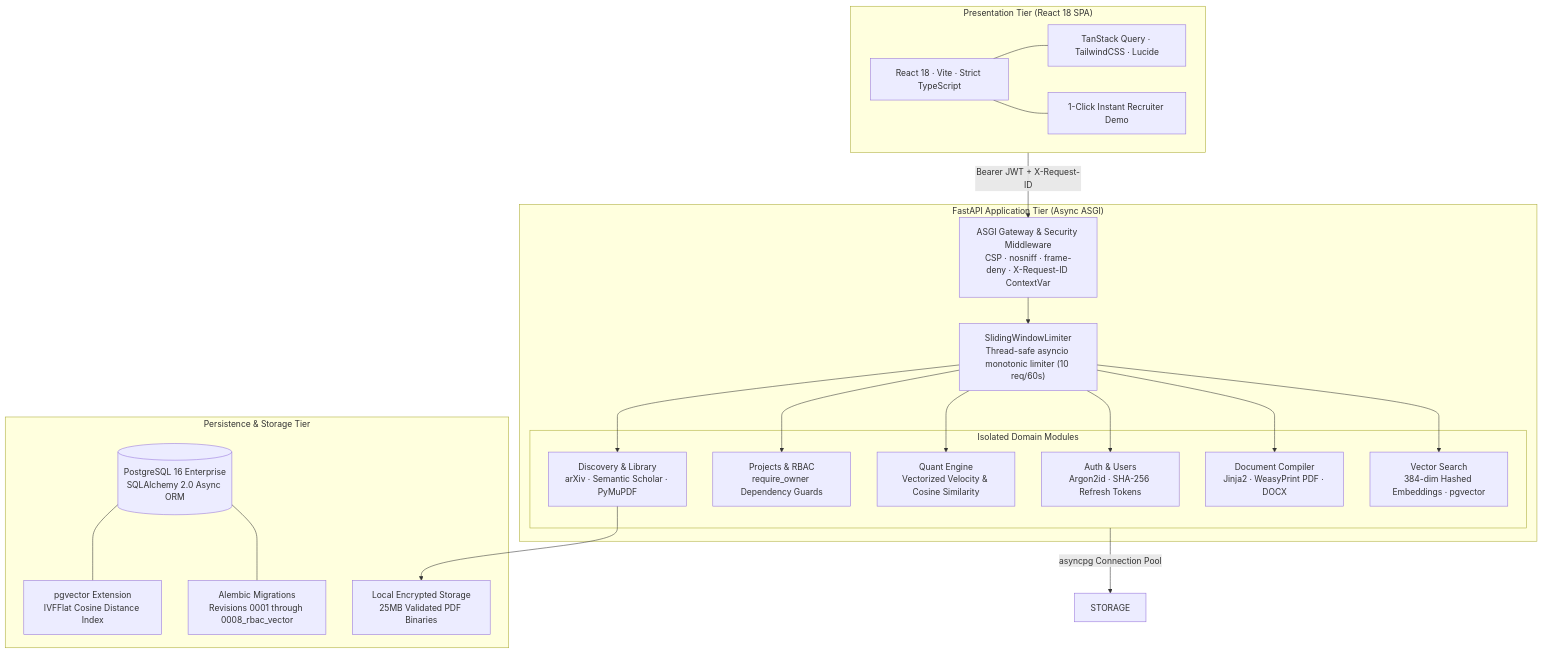
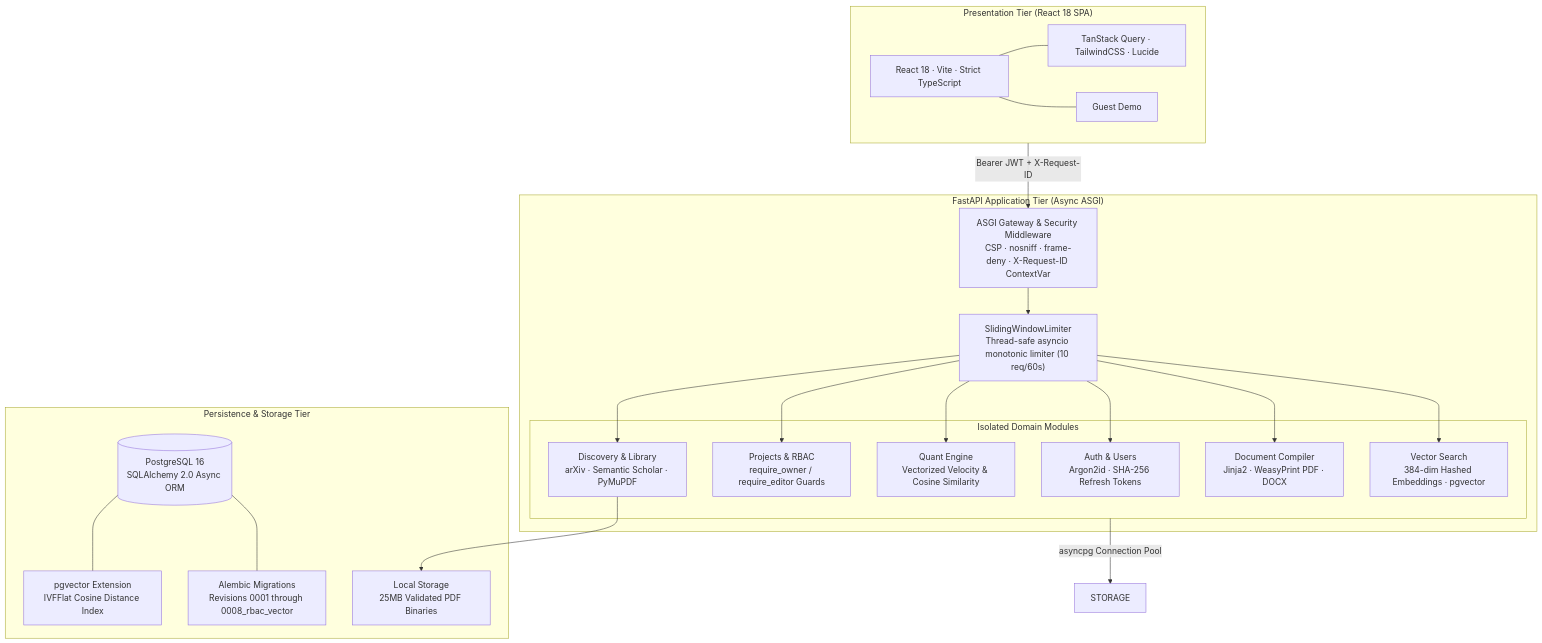
Before and after one commit to Arushi-1011/researchforge: the diagram in README.md, drawn with Mermaid. The commit also changed other lines of this file and 13 other files, not shown here.

Commit message:
fix: resolve README review items, enforce editor RBAC, and validate search quality

````diff
--- a/README.md
+++ b/README.md
@@ -64,43 +63,43 @@
 ```mermaid
 flowchart TD
     subgraph Client["Presentation Tier (React 18 SPA)"]
         SPA["React 18 · Vite · Strict TypeScript"]
         UI_STORE["TanStack Query · TailwindCSS · Lucide"]
-        DEMO_BTN["1-Click Instant Recruiter Demo"]
+        DEMO_BTN["Guest Demo"]
         SPA --- UI_STORE
         SPA --- DEMO_BTN
     end
 
     Client -->|"Bearer JWT + X-Request-ID"| GATEWAY
 
     subgraph Server["FastAPI Application Tier (Async ASGI)"]
         GATEWAY["ASGI Gateway & Security Middleware<br/>CSP · nosniff · frame-deny · X-Request-ID ContextVar"]
         LIMITER["SlidingWindowLimiter<br/>Thread-safe asyncio monotonic limiter (10 req/60s)"]
         
         GATEWAY --> LIMITER
         
         subgraph Modules["Isolated Domain Modules"]
             AUTH["Auth & Users<br/>Argon2id · SHA-256 Refresh Tokens"]
-            PROJ["Projects & RBAC<br/>require_owner Dependency Guards"]
+            PROJ["Projects & RBAC<br/>require_owner / require_editor Guards"]
             QUANT["Quant Engine<br/>Vectorized Velocity & Cosine Similarity"]
             DISC["Discovery & Library<br/>arXiv · Semantic Scholar · PyMuPDF"]
             DOCS["Document Compiler<br/>Jinja2 · WeasyPrint PDF · DOCX"]
             AI["Vector Search<br/>384-dim Hashed Embeddings · pgvector"]
         end
 
         LIMITER --> AUTH & PROJ & QUANT & DISC & DOCS & AI
     end
 
     Modules -->|"asyncpg Connection Pool"| STORAGE
 
     subgraph Storage["Persistence & Storage Tier"]
-        DB[("PostgreSQL 16 Enterprise<br/>SQLAlchemy 2.0 Async ORM")]
+        DB[("PostgreSQL 16<br/>SQLAlchemy 2.0 Async ORM")]
         VECTOR["pgvector Extension<br/>IVFFlat Cosine Distance Index"]
         MIGRATIONS["Alembic Migrations<br/>Revisions 0001 through 0008_rbac_vector"]
-        FILES["Local Encrypted Storage<br/>25MB Validated PDF Binaries"]
+        FILES["Local Storage<br/>25MB Validated PDF Binaries"]
         
         DB --- VECTOR
         DB --- MIGRATIONS
         DISC --> FILES
     end
 ```
````
